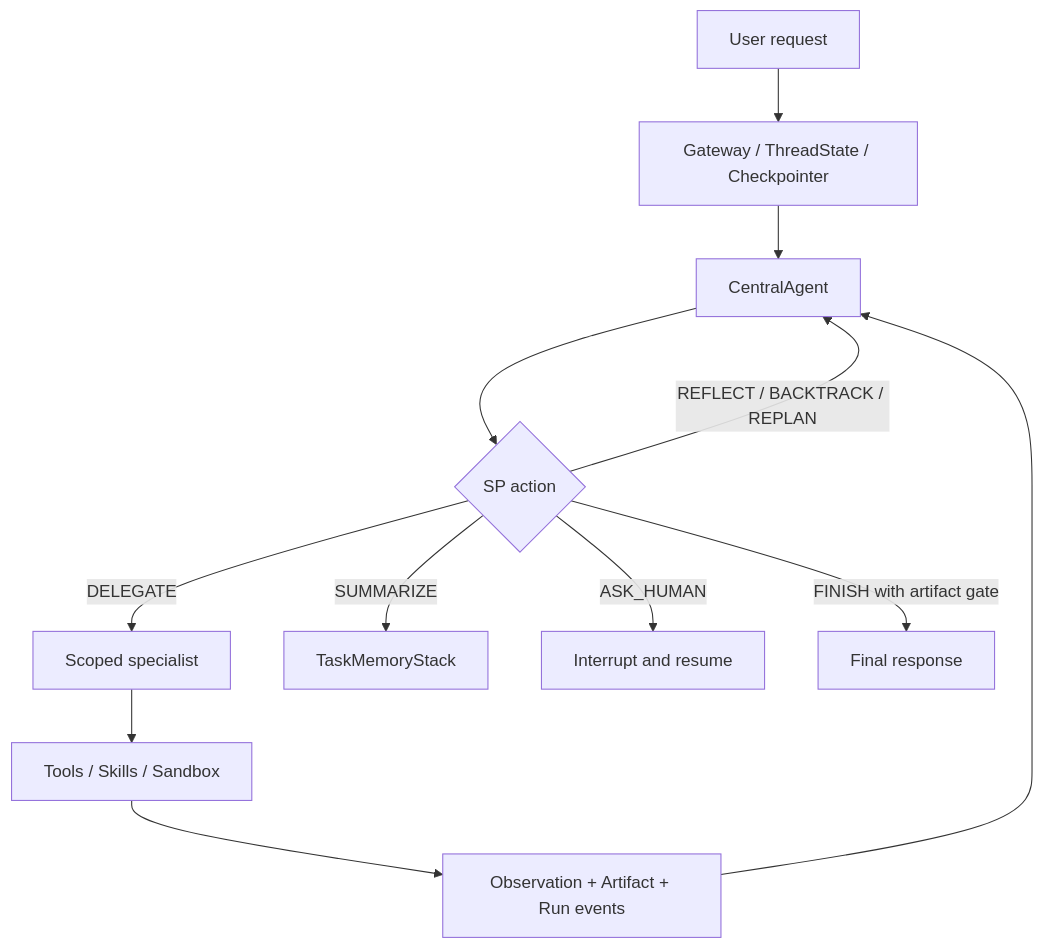
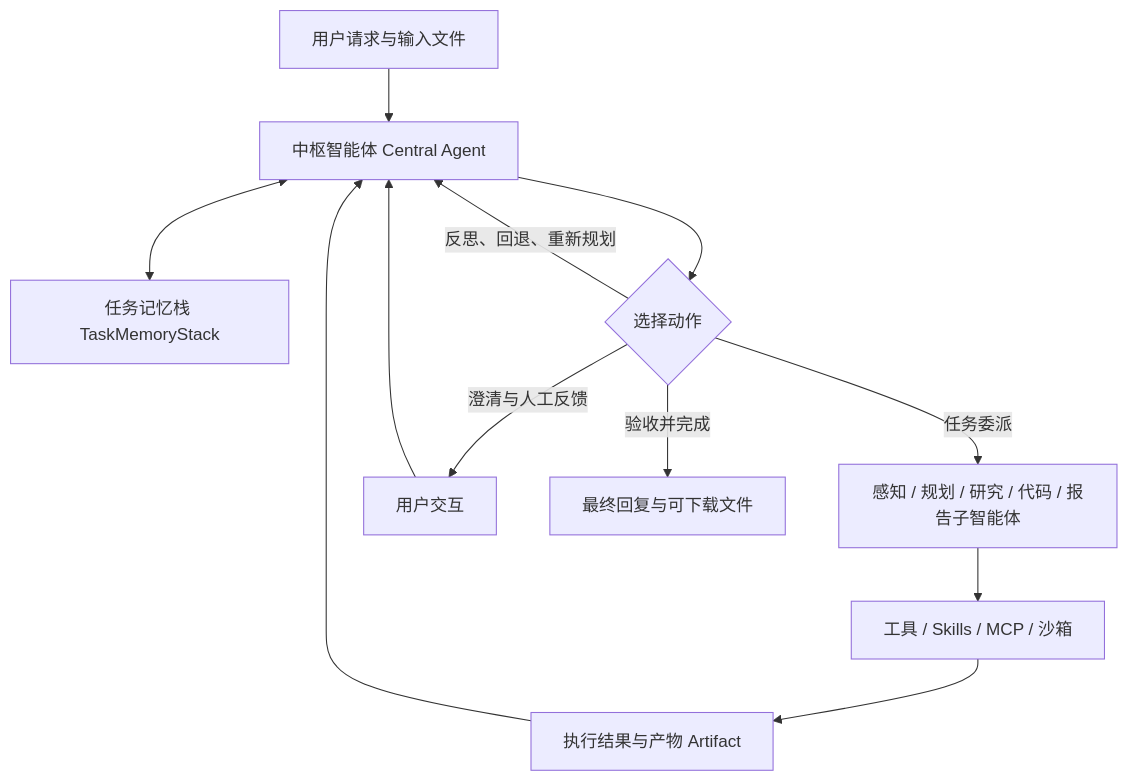
One commit to PKU-SIS/StackPlanner2.0 changed the diagram in README.md. Above: the diagram before and after it, drawn with Mermaid. The commit also changed other lines of this file, not shown here.

Commit message:
docs: rewrite Chinese README around StackPlanner architecture and usage

````diff
--- a/README.md
+++ b/README.md
@@ -46,14 +53,14 @@
 ```mermaid
 flowchart TD
-    U[User request] --> G[Gateway / ThreadState / Checkpointer]
-    G --> C[CentralAgent]
-    C --> A{SP action}
-    A -->|DELEGATE| S[Scoped specialist]
-    A -->|REFLECT / BACKTRACK / REPLAN| C
-    A -->|SUMMARIZE| M[TaskMemoryStack]
-    A -->|ASK_HUMAN| H[Interrupt and resume]
-    S --> T[Tools / Skills / Sandbox]
-    T --> R[Observation + Artifact + Run events]
-    R --> C
-    A -->|FINISH with artifact gate| F[Final response]
+    U[用户请求与输入文件] --> C[中枢智能体 Central Agent]
+    C <--> M[任务记忆栈 TaskMemoryStack]
+    C --> D{选择动作}
+    D -->|任务委派| S[感知 / 规划 / 研究 / 代码 / 报告子智能体]
+    S --> T[工具 / Skills / MCP / 沙箱]
+    T --> O[执行结果与产物 Artifact]
+    O --> C
+    D -->|反思、回退、重新规划| C
+    D -->|澄清与人工反馈| H[用户交互]
+    H --> C
+    D -->|验收并完成| F[最终回复与可下载文件]
 ```
````
